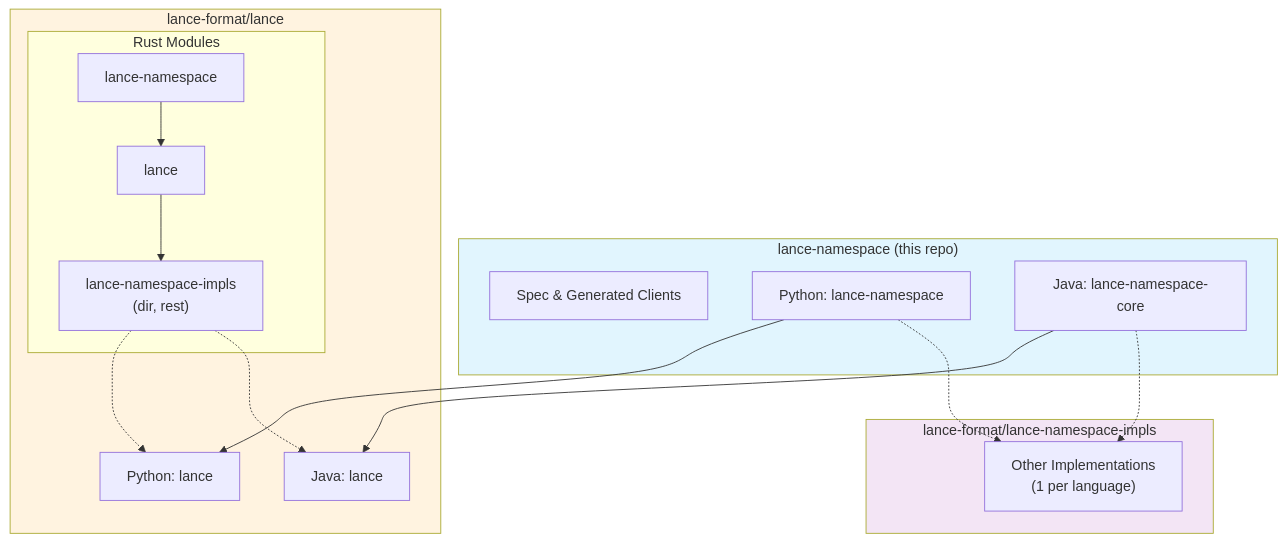
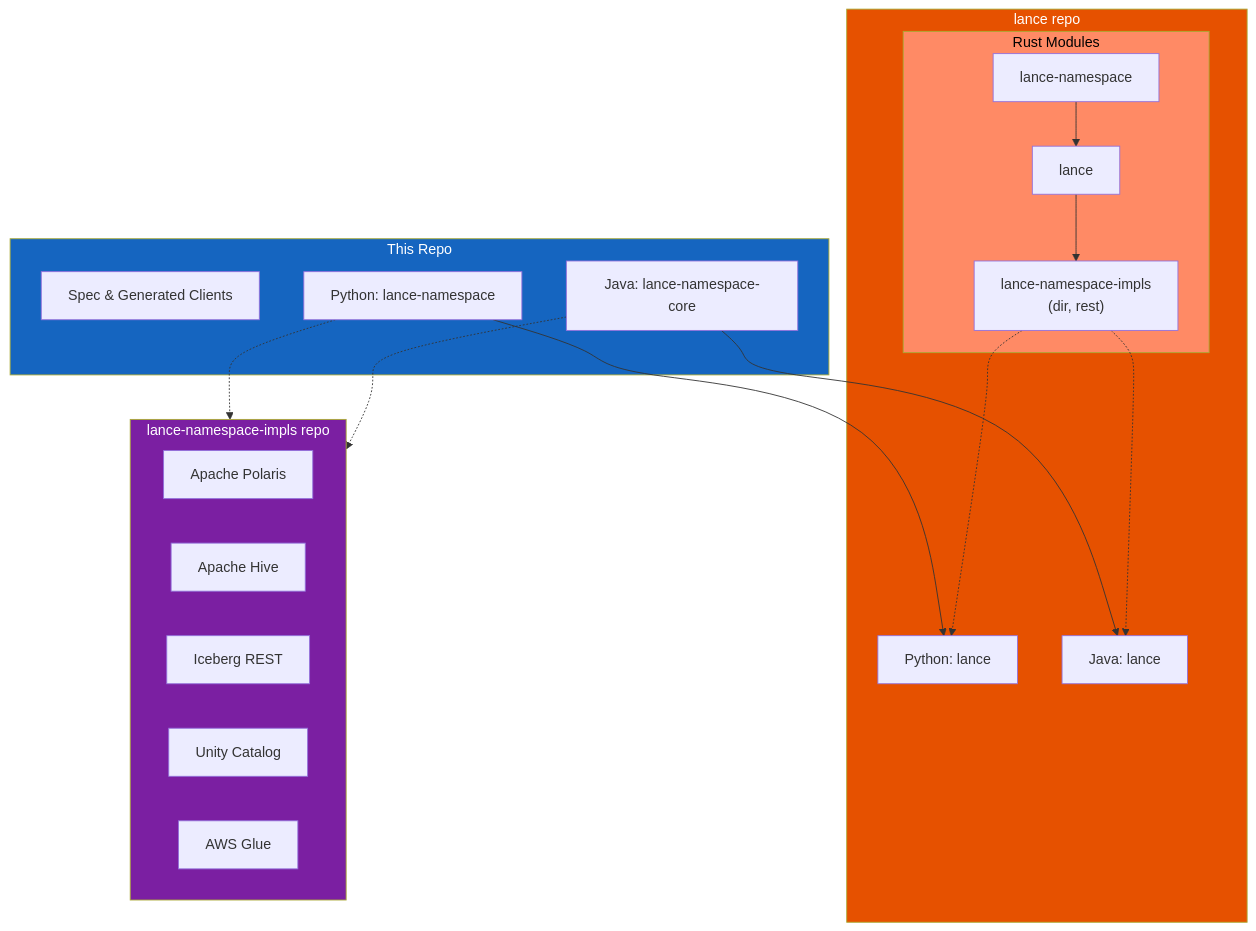
The diagram in CONTRIBUTING.md (lancedb/lance-namespace), drawn with Mermaid before and after one commit. The commit also changed 14 other files, not shown here.

````diff
--- a/CONTRIBUTING.md
+++ b/CONTRIBUTING.md
@@ -48,40 +48,45 @@
 ```mermaid
 flowchart TB
-    subgraph this_repo["lance-namespace (this repo)"]
+    subgraph this_repo["This Repo"]
         spec["Spec & Generated Clients"]
         py_core["Python: lance-namespace"]
         java_core["Java: lance-namespace-core"]
     end
 
-    subgraph lance_repo["lance-format/lance"]
+    subgraph lance_repo["lance repo"]
         subgraph rust_modules["Rust Modules"]
             rs_ns["lance-namespace"]
             rs_lance["lance"]
             rs_impls["lance-namespace-impls<br/>(dir, rest)"]
         end
         py_lance["Python: lance"]
         java_lance["Java: lance"]
     end
 
-    subgraph impls_repo["lance-format/lance-namespace-impls"]
-        other_impls["Other Implementations<br/>(1 per language)"]
+    subgraph impls_repo["lance-namespace-impls repo"]
+        polaris["Apache Polaris"]
+        hive["Apache Hive"]
+        iceberg_rest["Iceberg REST"]
+        unity["Unity Catalog"]
+        glue["AWS Glue"]
     end
 
     %% Rust dependencies (source build)
     rs_ns --> rs_lance
     rs_lance --> rs_impls
 
     %% Python/Java dependencies
     py_core --> py_lance
     java_core --> java_lance
     rs_impls -.-> py_lance
     rs_impls -.-> java_lance
 
-    %% Other implementations
-    py_core -.-> other_impls
-    java_core -.-> other_impls
+    %% Other implementations depend on core interfaces
+    py_core -.-> impls_repo
+    java_core -.-> impls_repo
 
-    style this_repo fill:#e1f5fe
-    style lance_repo fill:#fff3e0
-    style impls_repo fill:#f3e5f5
+    style this_repo fill:#1565c0,color:#fff
+    style lance_repo fill:#e65100,color:#fff
+    style impls_repo fill:#7b1fa2,color:#fff
+    style rust_modules fill:#ff8a65,color:#000
 ```
````
